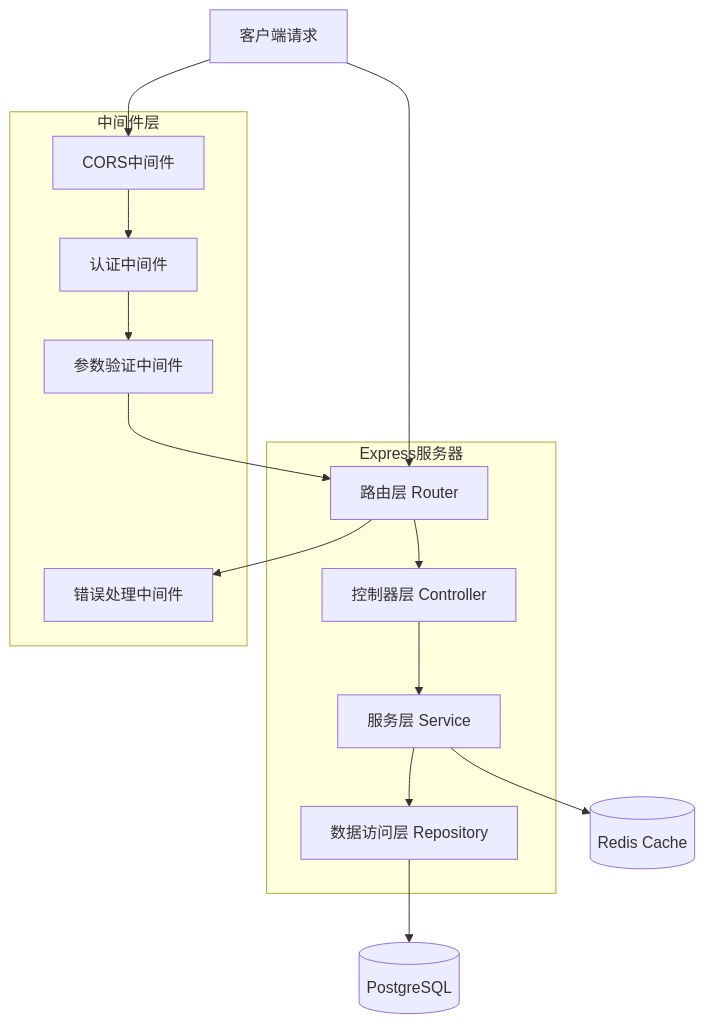
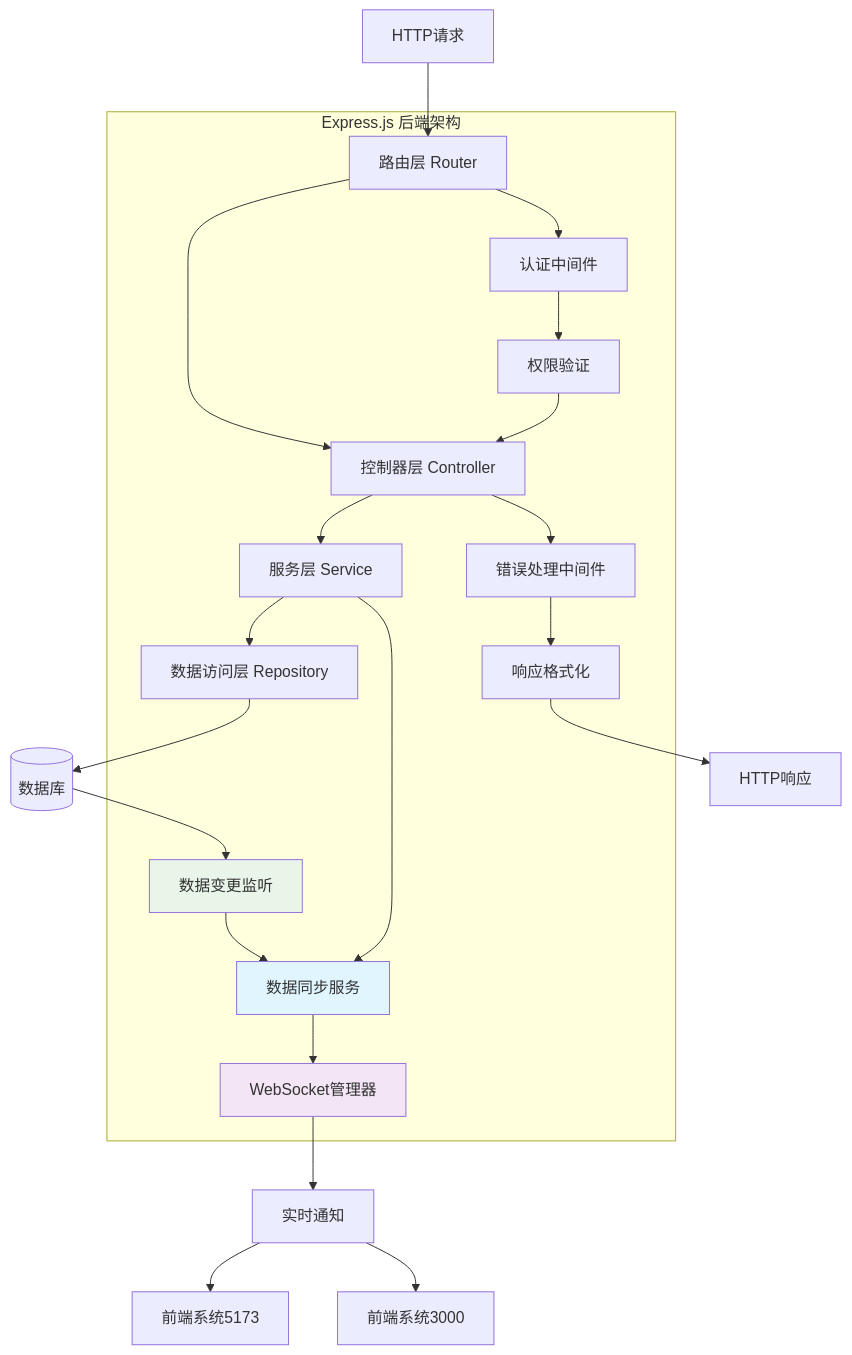
The fifth of 9 diagrams in .trae/documents/部门地图技术架构文档.md (runhuayao/department-seating-chart), drawn with Mermaid before and after one commit. The commit also changed other lines of this file and 109 other files, not shown here.

````diff
--- a/.trae/documents/部门地图技术架构文档.md
+++ b/.trae/documents/部门地图技术架构文档.md
@@ -172,29 +783,43 @@
 ```mermaid
 graph TD
-    A[客户端请求] --> B[路由层 Router]
+    A[HTTP请求] --> B[路由层 Router]
     B --> C[控制器层 Controller]
     C --> D[服务层 Service]
     D --> E[数据访问层 Repository]
-    E --> F[(PostgreSQL)]
-    D --> G[(Redis Cache)]
+    E --> F[(数据库)]
     
-    subgraph "Express服务器"
+    B --> G[认证中间件]
+    G --> H[权限验证]
+    H --> C
+    
+    C --> I[错误处理中间件]
+    I --> J[响应格式化]
+    J --> K[HTTP响应]
+    
+    D --> L[数据同步服务]
+    L --> M[WebSocket管理器]
+    M --> N[实时通知]
+    N --> O[前端系统5173]
+    N --> P[前端系统3000]
+    
+    F --> Q[数据变更监听]
+    Q --> L
+    
+    subgraph "Express.js 后端架构"
         B
         C
         D
         E
+        G
+        H
+        I
+        J
+        L
+        M
+        Q
     end
     
-    subgraph "中间件层"
-        H[CORS中间件]
-        I[认证中间件]
-        J[参数验证中间件]
-        K[错误处理中间件]
-    end
-    
-    A --> H
-    H --> I
-    I --> J
-    J --> B
-    B --> K
+    style L fill:#e1f5fe
+    style M fill:#f3e5f5
+    style Q fill:#e8f5e8
 ```
````
